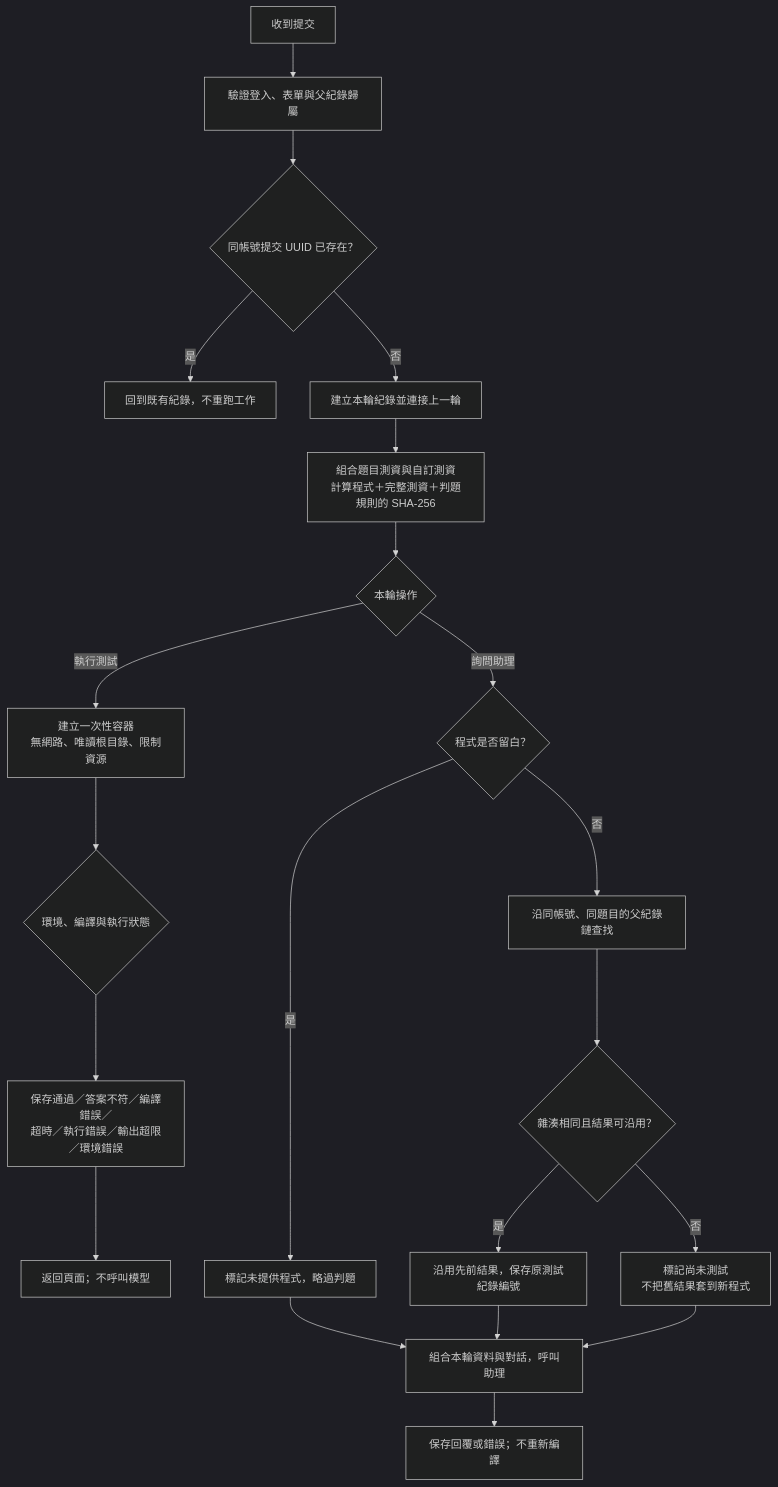
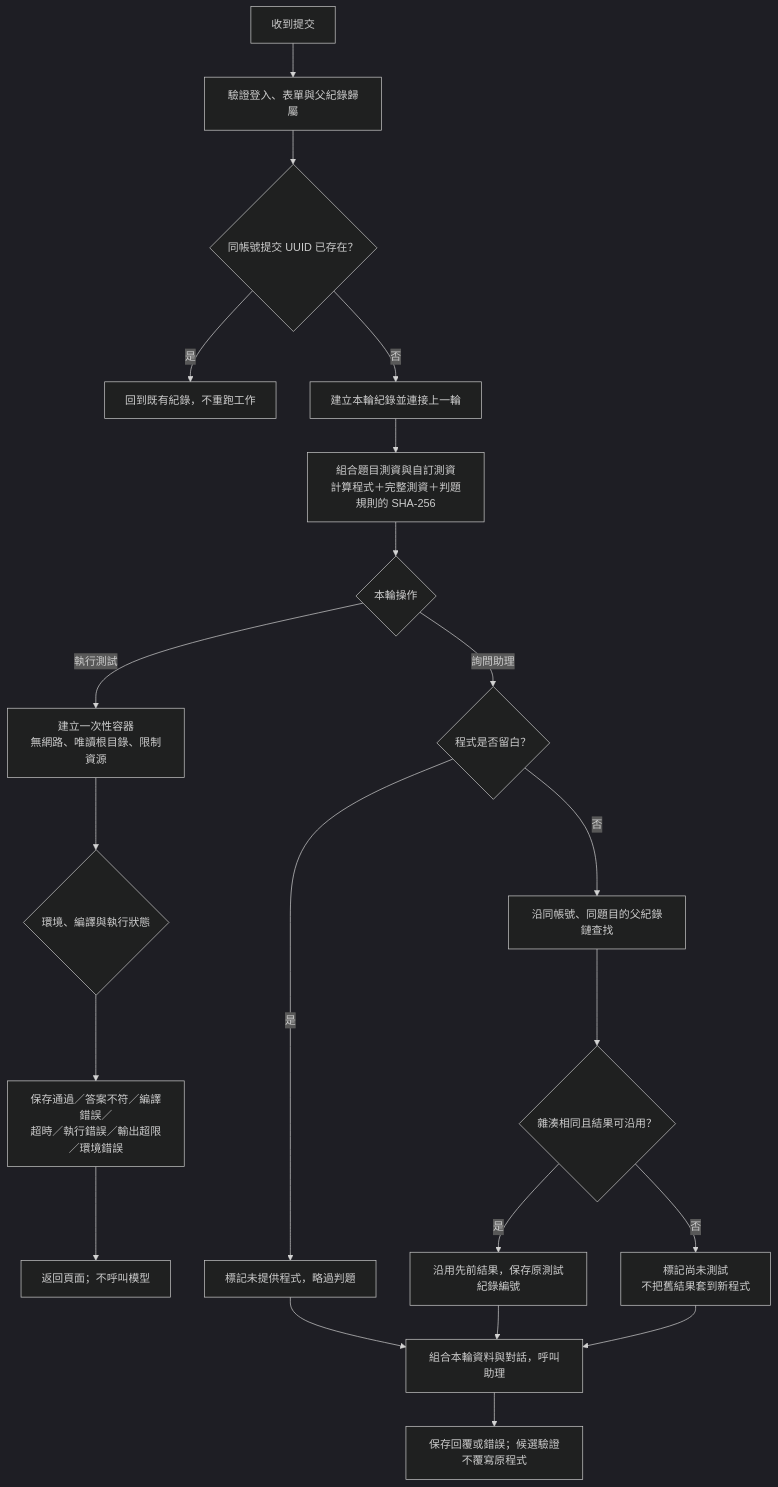
One commit to yuu1026/CPE-Coach changed the third of 6 diagrams in docs/FLOWCHARTS.md. Above: the diagram before and after it, drawn with Mermaid (dark theme). The commit also changed other lines of this file and 29 other files, not shown here.

````diff
--- a/docs/FLOWCHARTS.md
+++ b/docs/FLOWCHARTS.md
@@ -56,23 +56,23 @@
 ```mermaid
 flowchart TD
     A["收到提交"] --> B["驗證登入、表單與父紀錄歸屬"]
     B --> C{"同帳號提交 UUID 已存在？"}
     C -->|是| R["回到既有紀錄，不重跑工作"]
     C -->|否| D["建立本輪紀錄並連接上一輪"]
     D --> E["組合題目測資與自訂測資<br/>計算程式＋完整測資＋判題規則的 SHA-256"]
     E --> F{"本輪操作"}
     F -->|執行測試| G["建立一次性容器<br/>無網路、唯讀根目錄、限制資源"]
     G --> H{"環境、編譯與執行狀態"}
     H --> I["保存通過／答案不符／編譯錯誤／<br/>超時／執行錯誤／輸出超限／環境錯誤"]
     I --> S["返回頁面；不呼叫模型"]
     F -->|詢問助理| J{"程式是否留白？"}
     J -->|是| K["標記未提供程式，略過判題"]
     J -->|否| L["沿同帳號、同題目的父紀錄鏈查找"]
     L --> M{"雜湊相同且結果可沿用？"}
     M -->|是| N["沿用先前結果，保存原測試紀錄編號"]
     M -->|否| O["標記尚未測試<br/>不把舊結果套到新程式"]
     K --> P["組合本輪資料與對話，呼叫助理"]
     N --> P
     O --> P
-    P --> Q["保存回覆或錯誤；不重新編譯"]
+    P --> Q["保存回覆或錯誤；候選驗證不覆寫原程式"]
 ```
````
